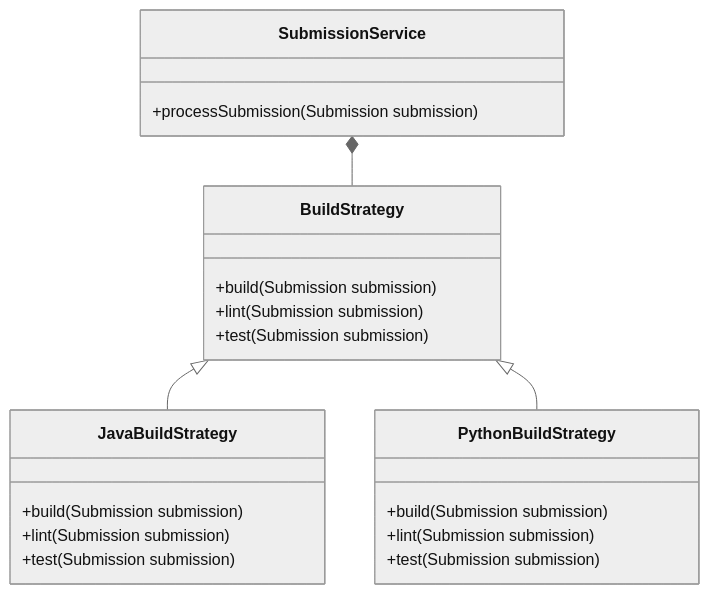
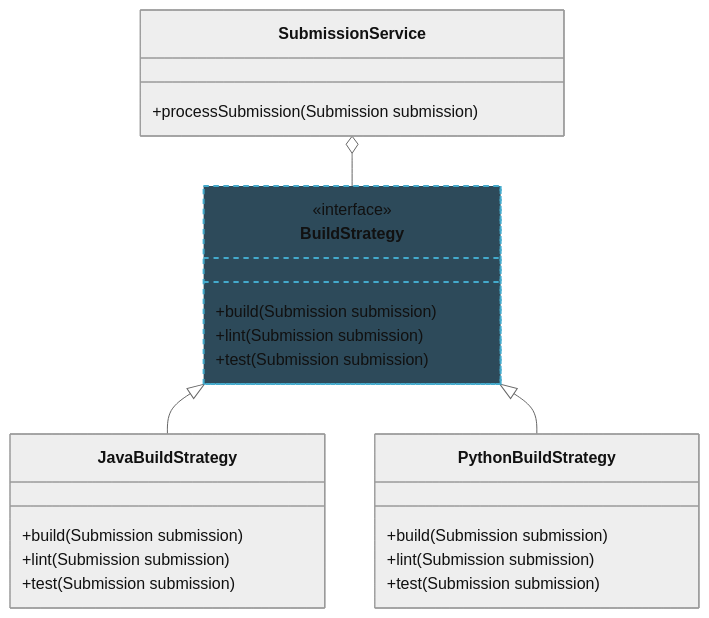
Before and after one commit to neu-pdi/cs3100-public-resources: the sixth of 7 diagrams in lecture-slides/l7-design-for-change.mdx, drawn with Mermaid (neutral theme). The commit also changed other lines of this file, not shown here.

````diff
--- a/lecture-slides/l7-design-for-change.mdx
+++ b/lecture-slides/l7-design-for-change.mdx
@@ -1178,24 +1183,27 @@
 ```mermaid
 classDiagram
+    direction TB
     class SubmissionService {
         +processSubmission(Submission submission)
     }
     class BuildStrategy {
+        <<interface>>
         +build(Submission submission)
         +lint(Submission submission)
         +test(Submission submission)
     }
     class JavaBuildStrategy {
         +build(Submission submission)
         +lint(Submission submission)
         +test(Submission submission)
     }
     class PythonBuildStrategy {
         +build(Submission submission)
         +lint(Submission submission)
         +test(Submission submission)
     }
     BuildStrategy <|-- JavaBuildStrategy
     BuildStrategy <|-- PythonBuildStrategy
-    SubmissionService *-- BuildStrategy
+    SubmissionService o-- BuildStrategy
+    style BuildStrategy fill:#2d4a5a,stroke:#4ac,stroke-width:2px,stroke-dasharray: 5 5
 ```
````
